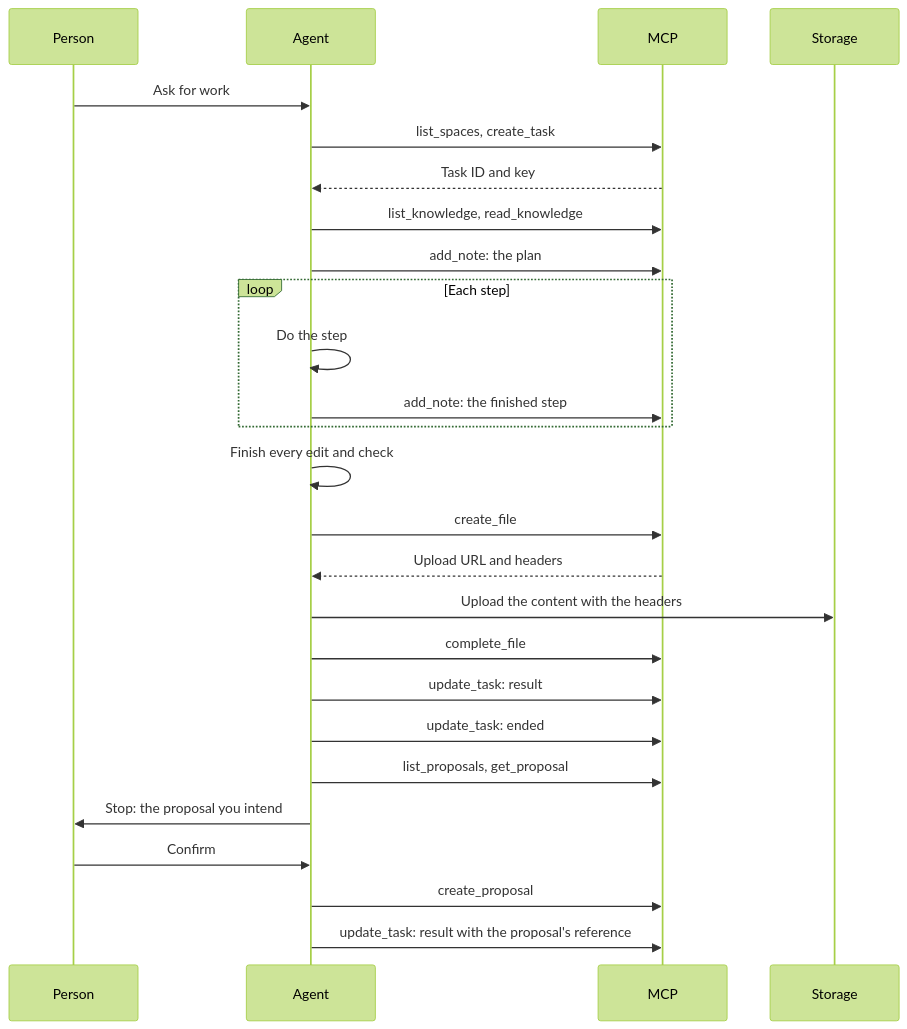
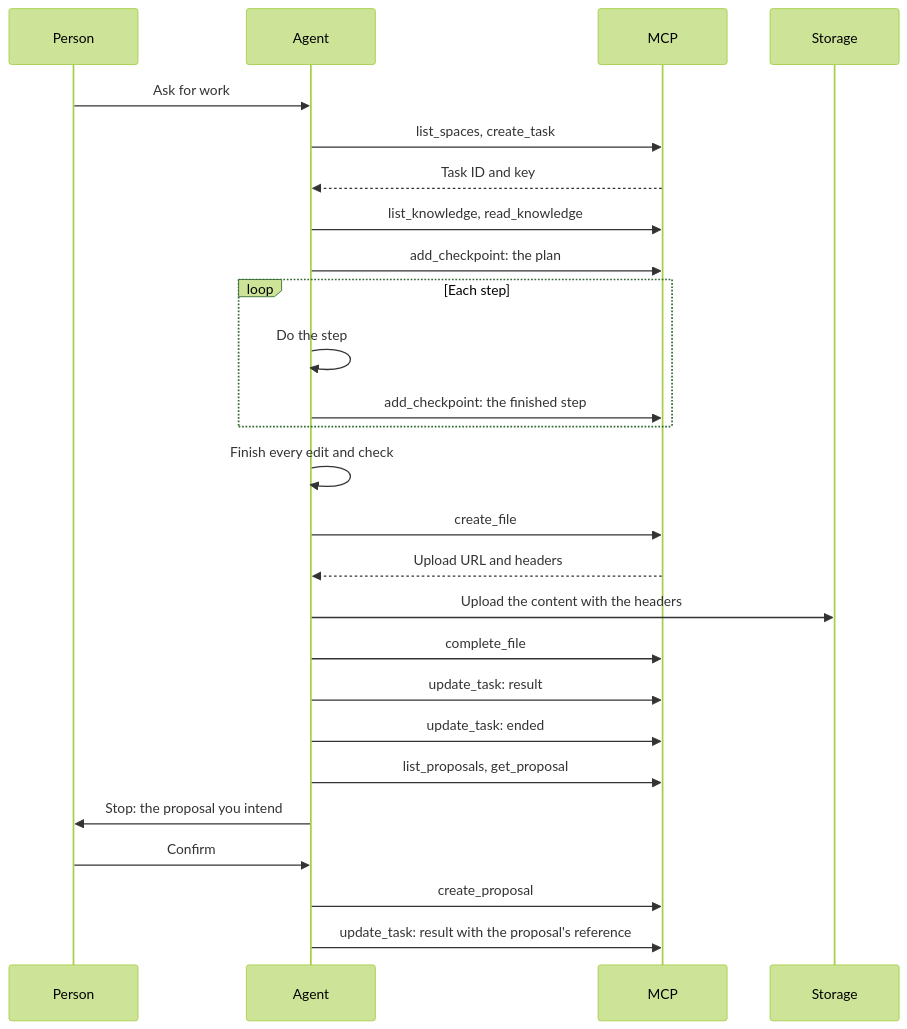
Before and after one commit to lorebayai/lorebay: the diagram in lib/docs/contracts/agent-rules.md, drawn with Mermaid (forest theme). The commit also changed other lines of this file and 56 other files, not shown here.

````diff
--- a/lib/docs/contracts/agent-rules.md
+++ b/lib/docs/contracts/agent-rules.md
@@ -70,24 +70,24 @@
 ```mermaid
 sequenceDiagram
     Person->>Agent: Ask for work
     Agent->>MCP: list_spaces, create_task
     MCP-->>Agent: Task ID and key
     Agent->>MCP: list_knowledge, read_knowledge
-    Agent->>MCP: add_note: the plan
+    Agent->>MCP: add_checkpoint: the plan
     loop Each step
         Agent->>Agent: Do the step
-        Agent->>MCP: add_note: the finished step
+        Agent->>MCP: add_checkpoint: the finished step
     end
     Agent->>Agent: Finish every edit and check
     Agent->>MCP: create_file
     MCP-->>Agent: Upload URL and headers
     Agent->>Storage: Upload the content with the headers
     Agent->>MCP: complete_file
     Agent->>MCP: update_task: result
     Agent->>MCP: update_task: ended
     Agent->>MCP: list_proposals, get_proposal
     Agent->>Person: Stop: the proposal you intend
     Person->>Agent: Confirm
     Agent->>MCP: create_proposal
     Agent->>MCP: update_task: result with the proposal's reference
 ```
````
